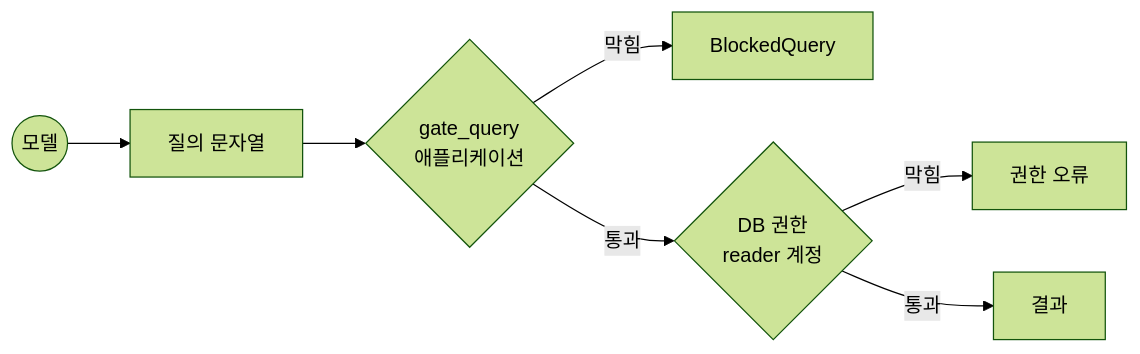
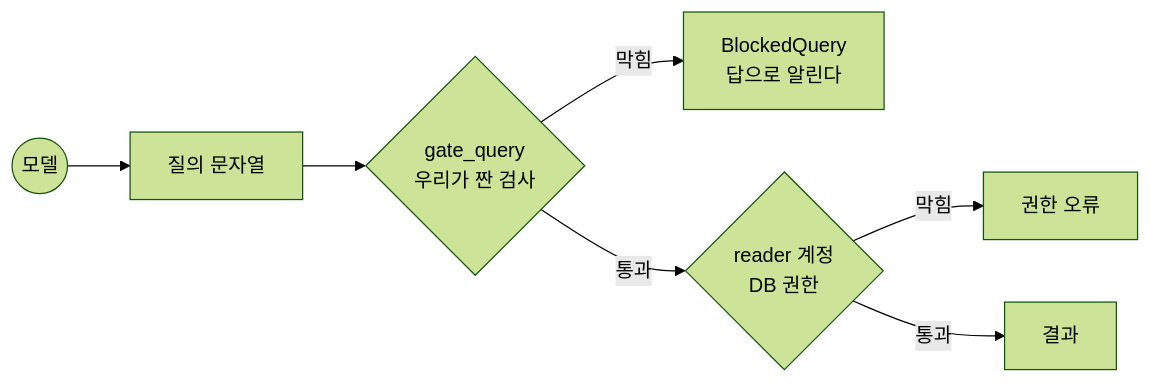
One commit to 2026-ai-service-engineering-a/ai_service_engineering-track_a changed diagram 18 of 20 in site/src/content/courses/ko/session-09/index.mdx. Above: the diagram before and after it, drawn with Mermaid (forest theme). The commit also changed other lines of this file and 5 other files, not shown here.

````diff
--- a/site/src/content/courses/ko/session-09/index.mdx
+++ b/site/src/content/courses/ko/session-09/index.mdx
@@ -988,9 +1180,9 @@
 ```mermaid
 flowchart LR
     M(("모델")) --> S["질의 문자열"]
-    S --> G1{"gate_query<br/>애플리케이션"}
-    G1 -->|"막힘"| X1["BlockedQuery"]
-    G1 -->|"통과"| G2{"DB 권한<br/>reader 계정"}
+    S --> G1{"gate_query<br/>우리가 짠 검사"}
+    G1 -->|"막힘"| X1["BlockedQuery<br/>답으로 알린다"]
+    G1 -->|"통과"| G2{"reader 계정<br/>DB 권한"}
     G2 -->|"막힘"| X2["권한 오류"]
     G2 -->|"통과"| R["결과"]
 ```
````
